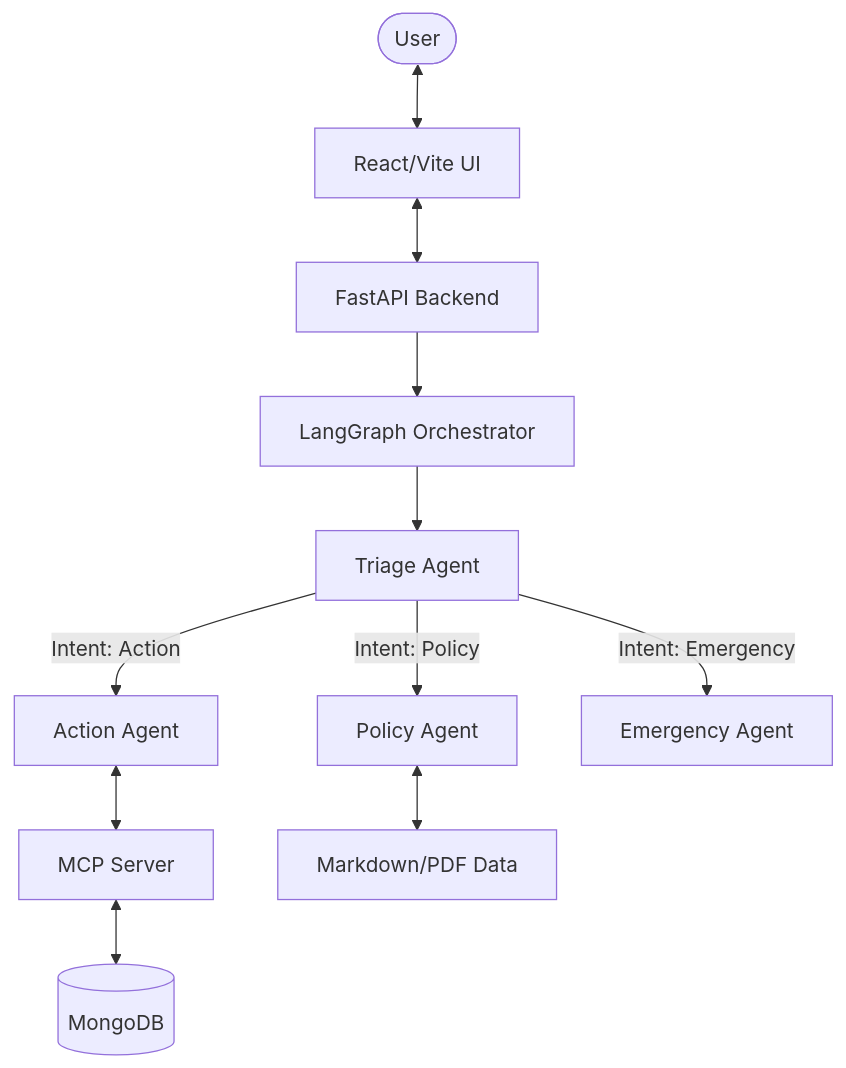
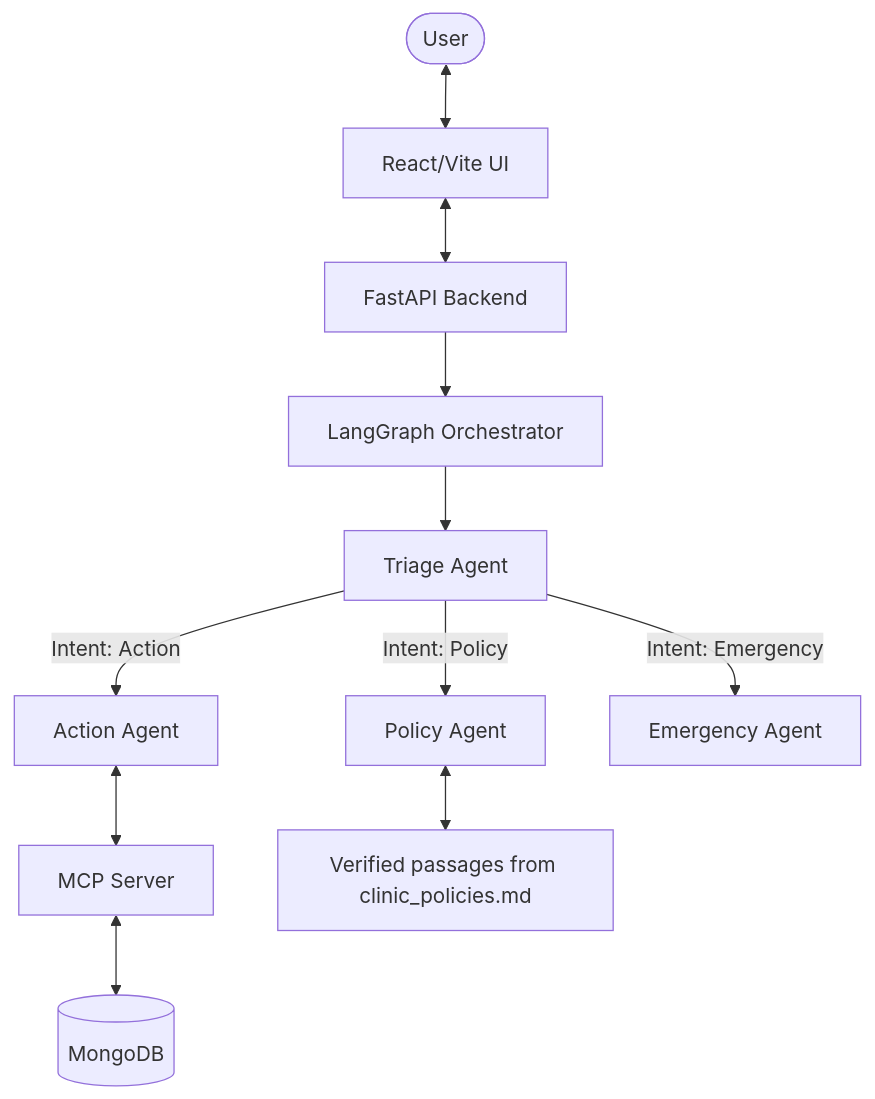
Before and after one commit to pactaccount/medbot: the diagram in README.md, drawn with Mermaid. The commit also changed other lines of this file and 23 other files, not shown here.

````diff
--- a/README.md
+++ b/README.md
@@ -20,18 +20,18 @@
 ```mermaid
 graph TD
     User([User]) <--> Frontend[React/Vite UI]
     Frontend <--> API[FastAPI Backend]
     
     API --> Graph[LangGraph Orchestrator]
     
     Graph --> Triage[Triage Agent]
     
     Triage -->|Intent: Action| Action[Action Agent]
     Triage -->|Intent: Policy| Policy[Policy Agent]
     Triage -->|Intent: Emergency| Emergency[Emergency Agent]
     
     Action <--> MCP[MCP Server]
     MCP <--> DB[(MongoDB)]
     
-    Policy <--> Knowledge[Markdown/PDF Data]
+    Policy <--> Knowledge[Verified passages from clinic_policies.md]
 ```
````
